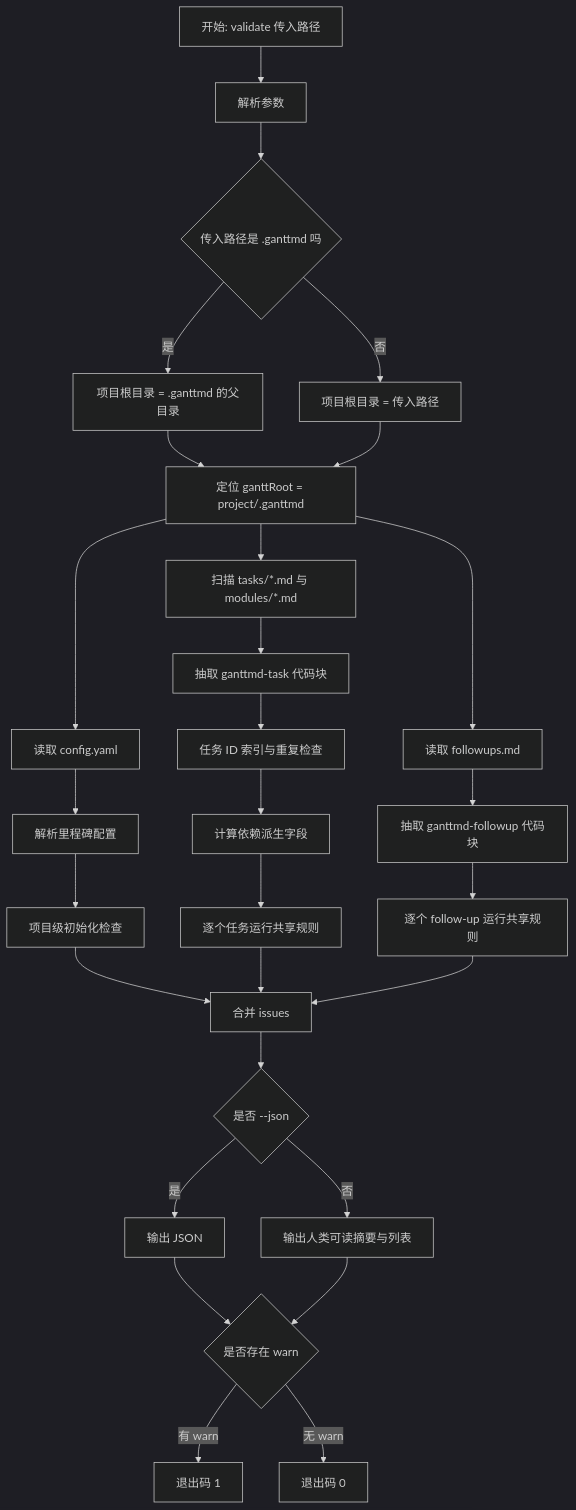
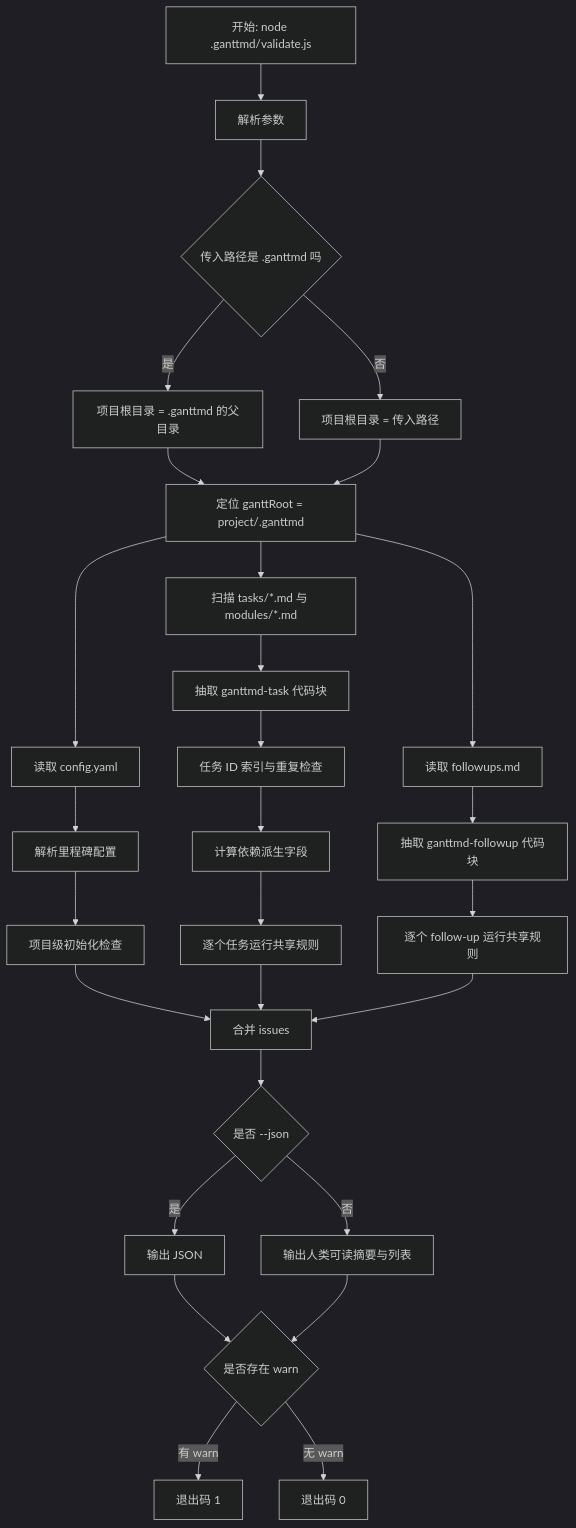
The first of 2 diagrams in docs/校验脚本检查流程图.md (GengDaPeng/GanttMD), drawn with Mermaid (dark theme) before and after one commit. The commit also changed other lines of this file and 14 other files, not shown here.

````diff
--- a/docs/校验脚本检查流程图.md
+++ b/docs/校验脚本检查流程图.md
@@ -35,35 +35,35 @@
 ```mermaid
 flowchart TD
-  A[开始: validate 传入路径] --> B[解析参数]
+  A[开始: node .ganttmd/validate.js] --> B[解析参数]
   B --> C{传入路径是 .ganttmd 吗}
   C -- 是 --> D[项目根目录 = .ganttmd 的父目录]
   C -- 否 --> E[项目根目录 = 传入路径]
   D --> F[定位 ganttRoot]
   E --> F[定位 ganttRoot = project/.ganttmd]
 
   F --> G[读取 config.yaml]
   F --> H[扫描 tasks/*.md 与 modules/*.md]
   F --> I[读取 followups.md]
 
   G --> J[解析里程碑配置]
   H --> K[抽取 ganttmd-task 代码块]
   I --> L[抽取 ganttmd-followup 代码块]
 
   J --> M[项目级初始化检查]
   K --> N[任务 ID 索引与重复检查]
   N --> O[计算依赖派生字段]
   O --> P[逐个任务运行共享规则]
   L --> Q[逐个 follow-up 运行共享规则]
 
   M --> R[合并 issues]
   P --> R
   Q --> R
 
   R --> S{是否 --json}
   S -- 是 --> T[输出 JSON]
   S -- 否 --> U[输出人类可读摘要与列表]
   T --> V{是否存在 warn}
   U --> V
   V -- 有 warn --> W[退出码 1]
   V -- 无 warn --> X[退出码 0]
 ```
````
